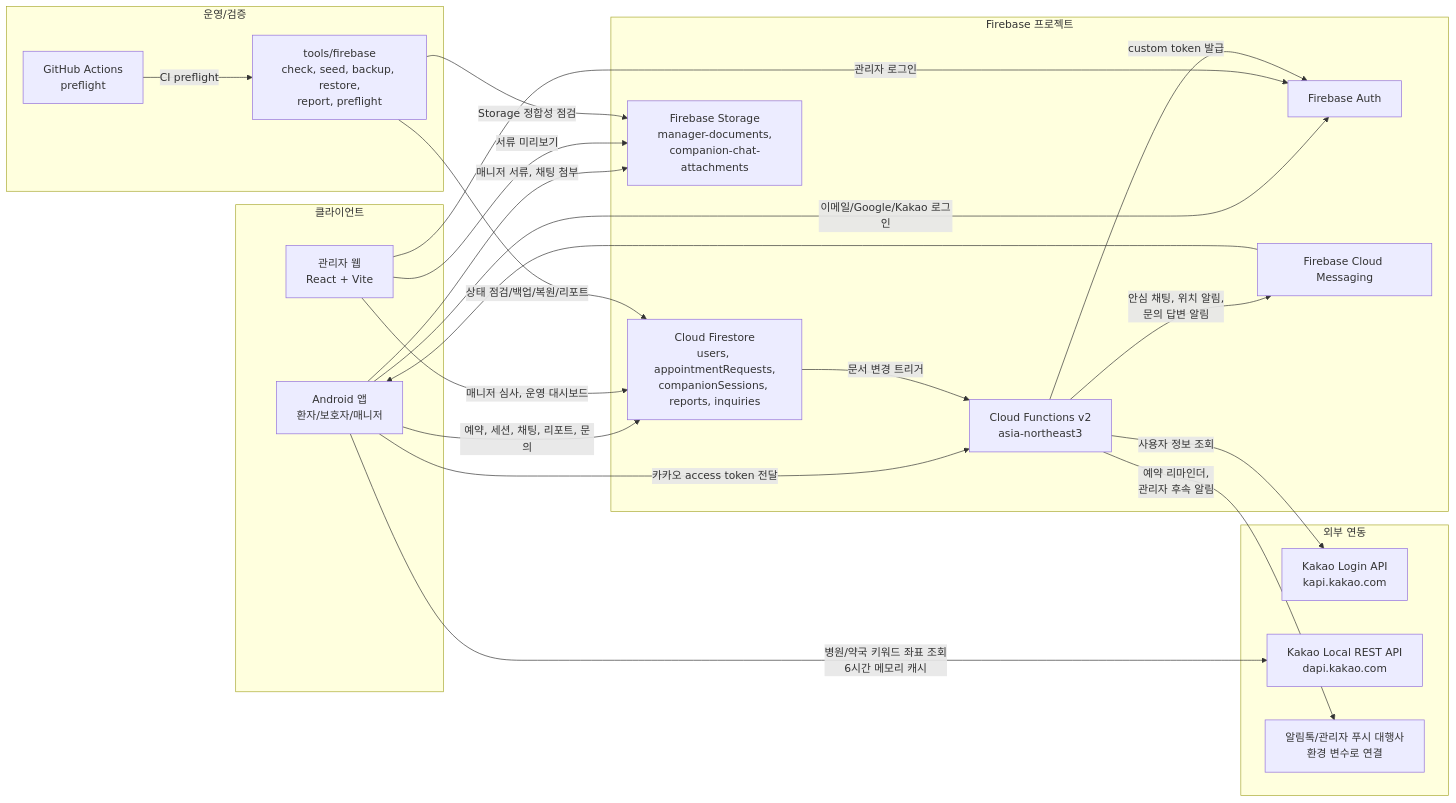
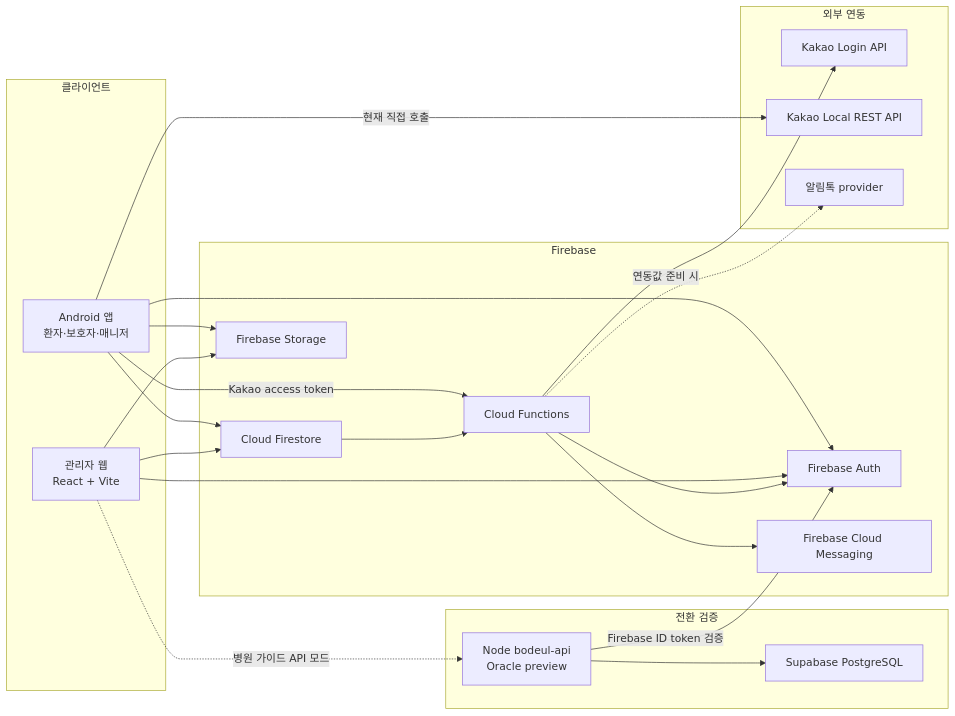
One commit to bodeul110/Bodeul changed the first of 2 diagrams in docs/architecture/system-architecture-diagram.md. Above: the diagram before and after it, drawn with Mermaid. The commit also changed other lines of this file and 33 other files, not shown here.

````diff
--- a/docs/architecture/system-architecture-diagram.md
+++ b/docs/architecture/system-architecture-diagram.md
@@ -7,48 +9,45 @@
 ```mermaid
 flowchart LR
   subgraph Client["클라이언트"]
-    Android["Android 앱\n환자/보호자/매니저"]
-    AdminWeb["관리자 웹\nReact + Vite"]
+    Android["Android 앱\n환자·보호자·매니저"]
+    AdminVite["관리자 웹\nReact + Vite"]
   end
 
-  subgraph Firebase["Firebase 프로젝트"]
+  subgraph Preview["전환 검증"]
+    NodeApi["Node bodeul-api\nOracle preview"]
+    Postgres["Supabase PostgreSQL"]
+  end
+
+  subgraph Firebase["Firebase"]
     Auth["Firebase Auth"]
-    Firestore["Cloud Firestore\nusers, appointmentRequests,\ncompanionSessions, reports, inquiries"]
-    Storage["Firebase Storage\nmanager-documents,\ncompanion-chat-attachments"]
-    Functions["Cloud Functions v2\nasia-northeast3"]
+    Firestore["Cloud Firestore"]
+    Storage["Firebase Storage"]
+    Functions["Cloud Functions"]
     FCM["Firebase Cloud Messaging"]
   end
 
   subgraph External["외부 연동"]
-    KakaoLogin["Kakao Login API\nkapi.kakao.com"]
-    KakaoLocal["Kakao Local REST API\ndapi.kakao.com"]
-    KakaoAlimtalk["알림톡/관리자 푸시 대행사\n환경 변수로 연결"]
+    KakaoLogin["Kakao Login API"]
+    KakaoLocal["Kakao Local REST API"]
+    Alimtalk["알림톡 provider"]
   end
 
-  subgraph Ops["운영/검증"]
-    Tools["tools/firebase\ncheck, seed, backup, restore,\nreport, preflight"]
-    GitHub["GitHub Actions\npreflight"]
-  end
+  Android --> Auth
+  AdminVite --> Auth
+  Android --> Firestore
+  AdminVite --> Firestore
+  Android --> Storage
+  AdminVite --> Storage
 
-  Android -->|"이메일/Google/Kakao 로그인"| Auth
-  AdminWeb -->|"관리자 로그인"| Auth
-  Android -->|"예약, 세션, 채팅, 리포트, 문의"| Firestore
-  AdminWeb -->|"매니저 심사, 운영 대시보드"| Firestore
-  Android -->|"매니저 서류, 채팅 첨부"| Storage
-  AdminWeb -->|"서류 미리보기"| Storage
+  AdminVite -. "병원 가이드 API 모드" .-> NodeApi
+  NodeApi -->|"Firebase ID token 검증"| Auth
+  NodeApi --> Postgres
 
-  Android -->|"카카오 access token 전달"| Functions
-  Functions -->|"사용자 정보 조회"| KakaoLogin
-  Functions -->|"custom token 발급"| Auth
-
-  Android -->|"병원/약국 키워드 좌표 조회\n6시간 메모리 캐시"| KakaoLocal
-
-  Firestore -->|"문서 변경 트리거"| Functions
-  Functions -->|"안심 채팅, 위치 알림,\n문의 답변 알림"| FCM
-  FCM --> Android
-  Functions -->|"예약 리마인더,\n관리자 후속 알림"| KakaoAlimtalk
-
-  Tools -->|"상태 점검/백업/복원/리포트"| Firestore
-  Tools -->|"Storage 정합성 점검"| Storage
-  GitHub -->|"CI preflight"| Tools
+  Android -->|"Kakao access token"| Functions
+  Functions --> KakaoLogin
+  Functions --> Auth
+  Android -->|"현재 직접 호출"| KakaoLocal
+  Firestore --> Functions
+  Functions --> FCM
+  Functions -. "연동값 준비 시" .-> Alimtalk
 ```
````
